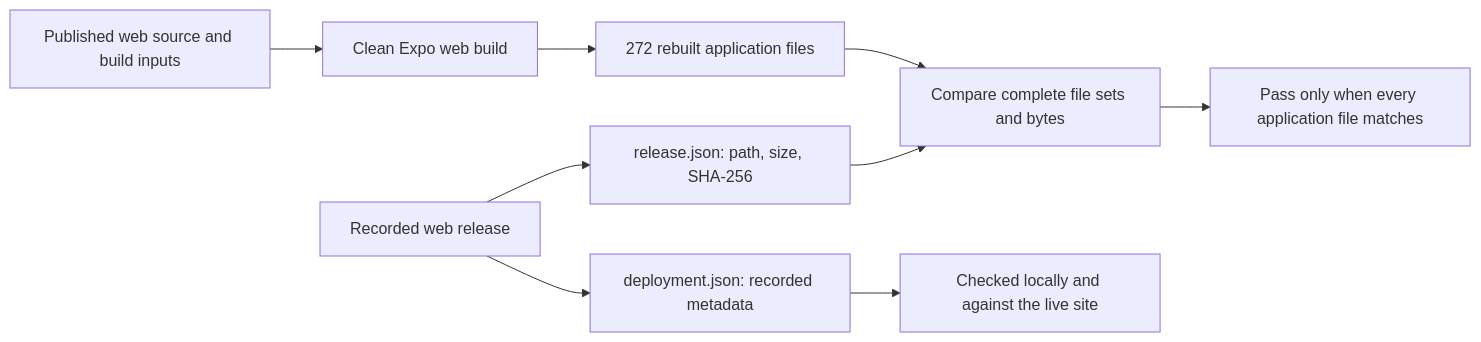
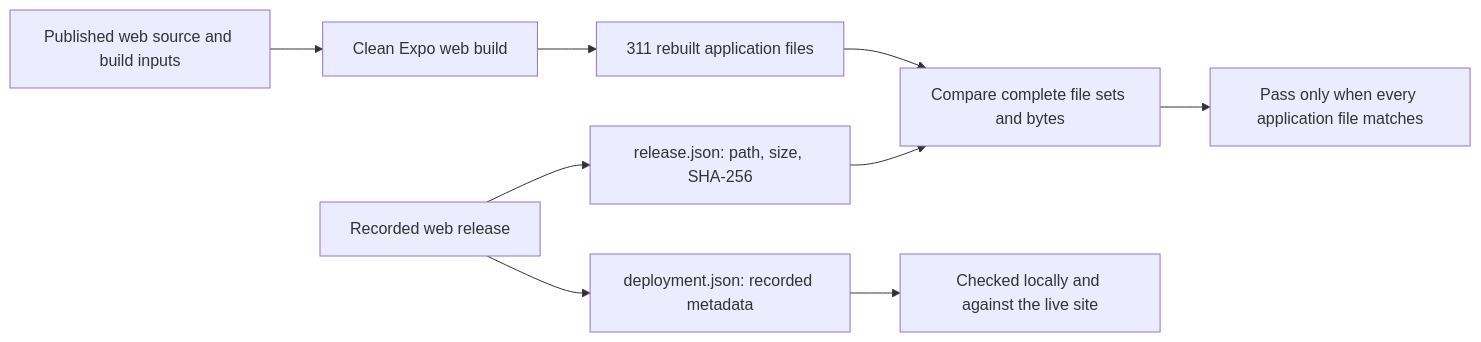
One commit to nuri-com/nuri-wallet changed the first of 5 diagrams in README.md. Above: the diagram before and after it, drawn with Mermaid. The commit also changed other lines of this file and 544 other files, not shown here.

````diff
--- a/README.md
+++ b/README.md
@@ -167,11 +167,11 @@
 ```mermaid
 flowchart LR
     S["Published web source and build inputs"] --> B["Clean Expo web build"]
-    B --> R["272 rebuilt application files"]
+    B --> R["311 rebuilt application files"]
     W["Recorded web release"] --> M["release.json: path, size, SHA-256"]
     R --> C["Compare complete file sets and bytes"]
     M --> C
     W --> D["deployment.json: recorded metadata"]
     D --> L["Checked locally and against the live site"]
     C --> P["Pass only when every application file matches"]
 ```
````
